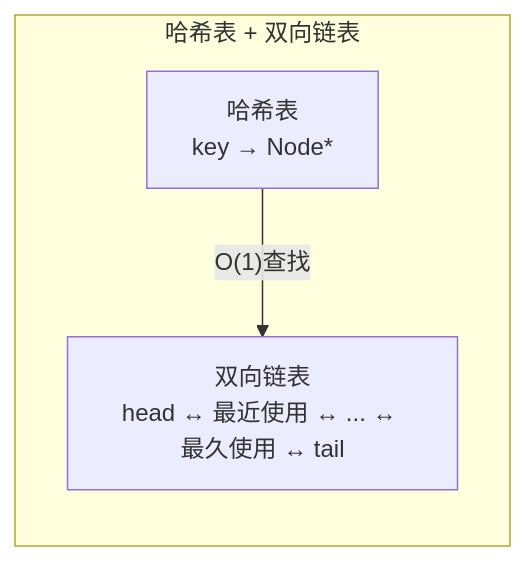
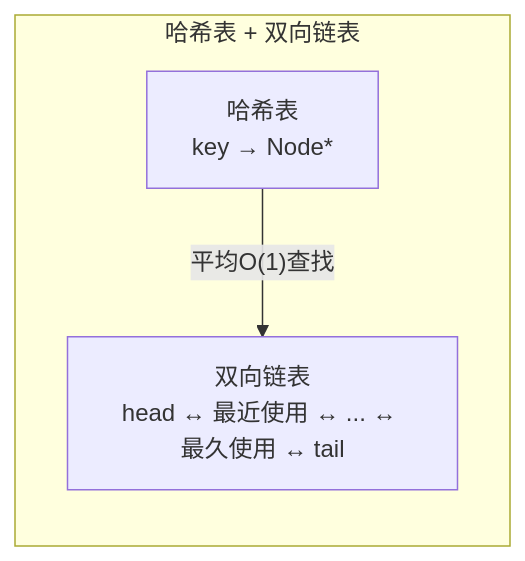
One commit to mlbo/cpp_learning changed the fourth of 5 diagrams in week_04/day_28/README.md. Above: the diagram before and after it, drawn with Mermaid. The commit also changed other lines of this file and 675 other files, not shown here.

````diff
--- a/week_04/day_28/README.md
+++ b/week_04/day_28/README.md
@@ -424,8 +377,8 @@
 ```mermaid
 graph LR
     subgraph "哈希表 + 双向链表"
         H["哈希表<br/>key → Node*"]
         L["双向链表<br/>head ↔ 最近使用 ↔ ... ↔ 最久使用 ↔ tail"]
-        H -->|"O(1)查找"| L
+        H -->|"平均O(1)查找"| L
     end
 ```
````
